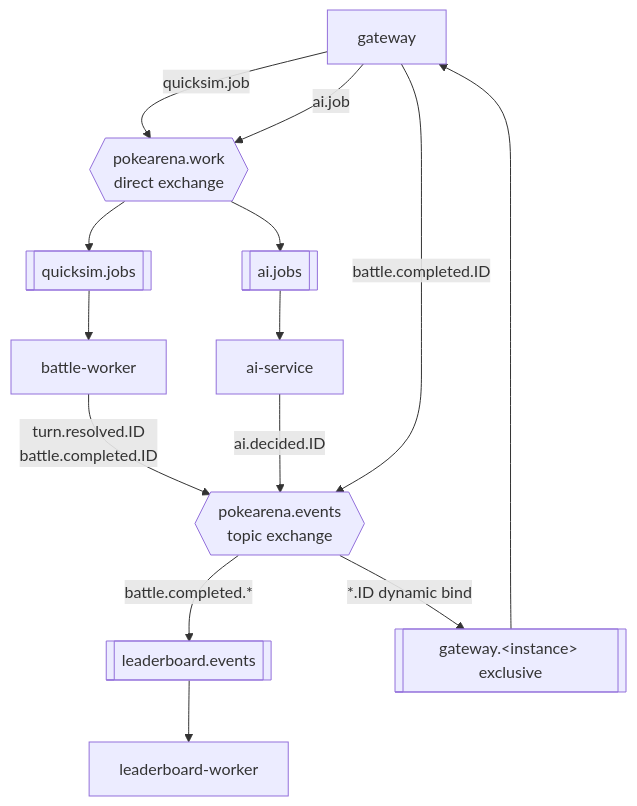
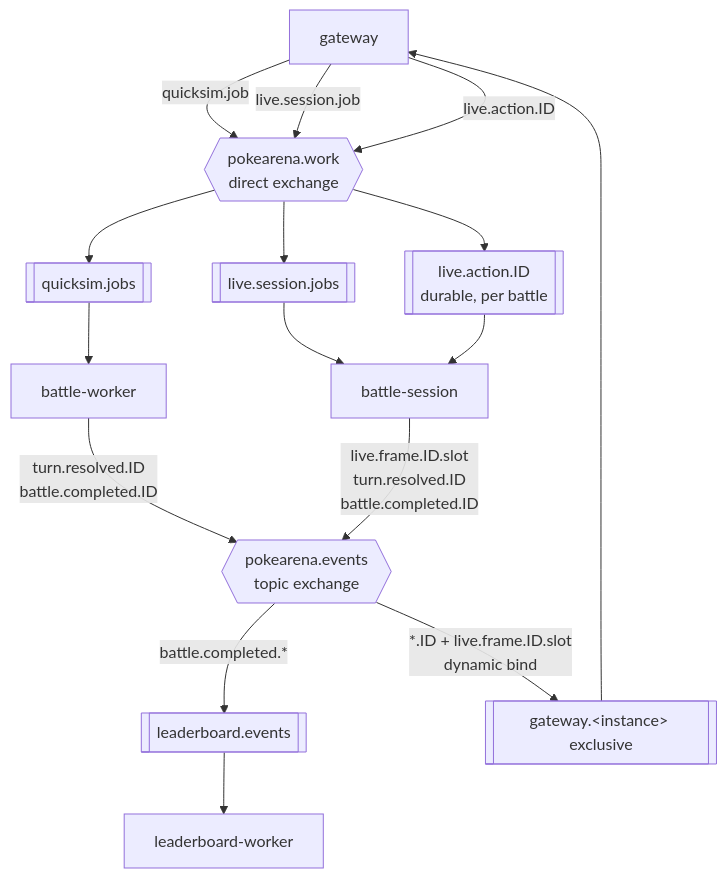
One commit to shaumik/PokeArena changed the second of 6 diagrams in docs/ARCHITECTURE.md. Above: the diagram before and after it, drawn with Mermaid. The commit also changed other lines of this file and 4 other files, not shown here.

````diff
--- a/docs/ARCHITECTURE.md
+++ b/docs/ARCHITECTURE.md
@@ -134,19 +141,21 @@
 ```mermaid
 flowchart TD
     G[gateway] -->|quicksim.job| WX
-    G -->|ai.job| WX
+    G -->|live.session.job| WX
+    G -->|live.action.ID| WX
     WX{{pokearena.work<br/>direct exchange}}
     WX --> QS[[quicksim.jobs]]
-    WX --> AJ[[ai.jobs]]
+    WX --> LSJ[[live.session.jobs]]
+    WX --> LAQ[[live.action.ID<br/>durable, per battle]]
     QS --> BW[battle-worker]
-    AJ --> AI[ai-service]
+    LSJ --> BS[battle-session]
+    LAQ --> BS
 
     BW -->|turn.resolved.ID<br/>battle.completed.ID| EX
-    AI -->|ai.decided.ID| EX
-    G -->|battle.completed.ID| EX
+    BS -->|live.frame.ID.slot<br/>turn.resolved.ID<br/>battle.completed.ID| EX
     EX{{pokearena.events<br/>topic exchange}}
     EX -->|battle.completed.*| LBQ[[leaderboard.events]]
     LBQ --> LB[leaderboard-worker]
-    EX -->|*.ID dynamic bind| GWQ[[gateway.&lt;instance&gt; exclusive]]
+    EX -->|*.ID + live.frame.ID.slot<br/>dynamic bind| GWQ[[gateway.&lt;instance&gt; exclusive]]
     GWQ --> G
 ```
````
